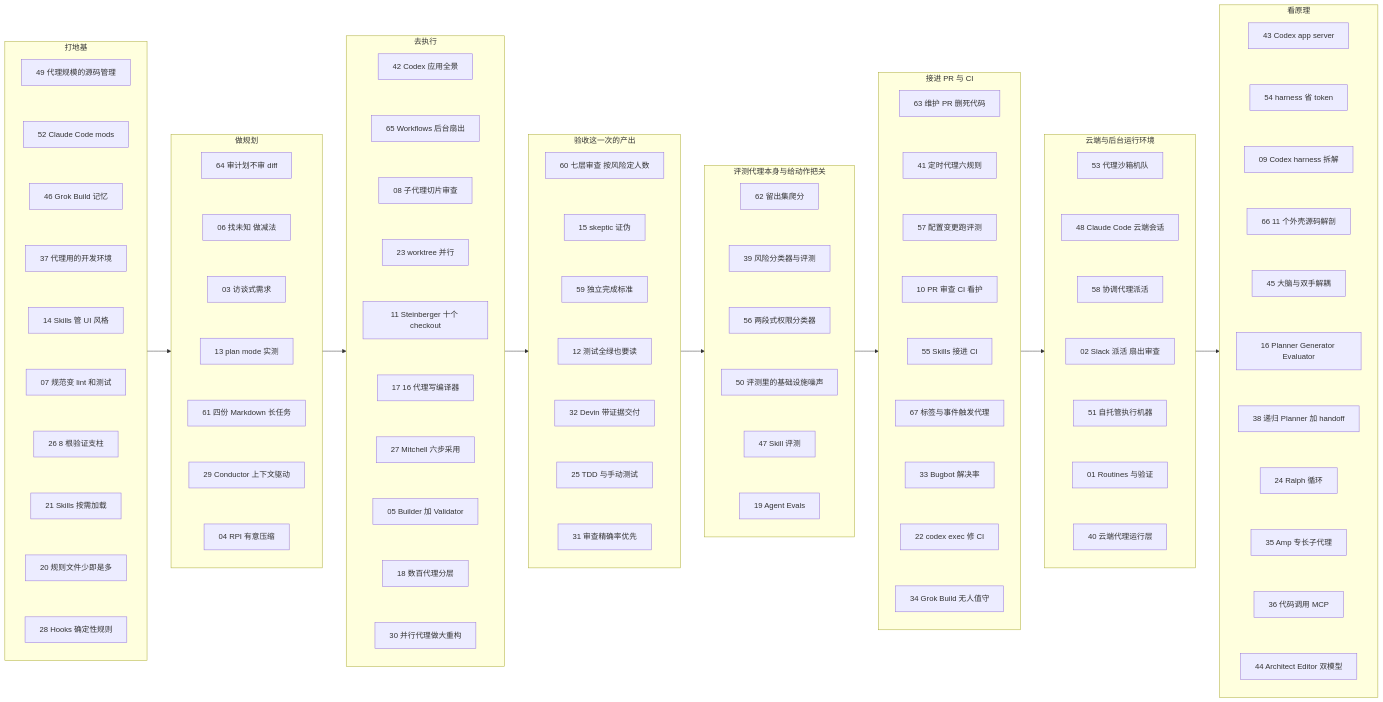
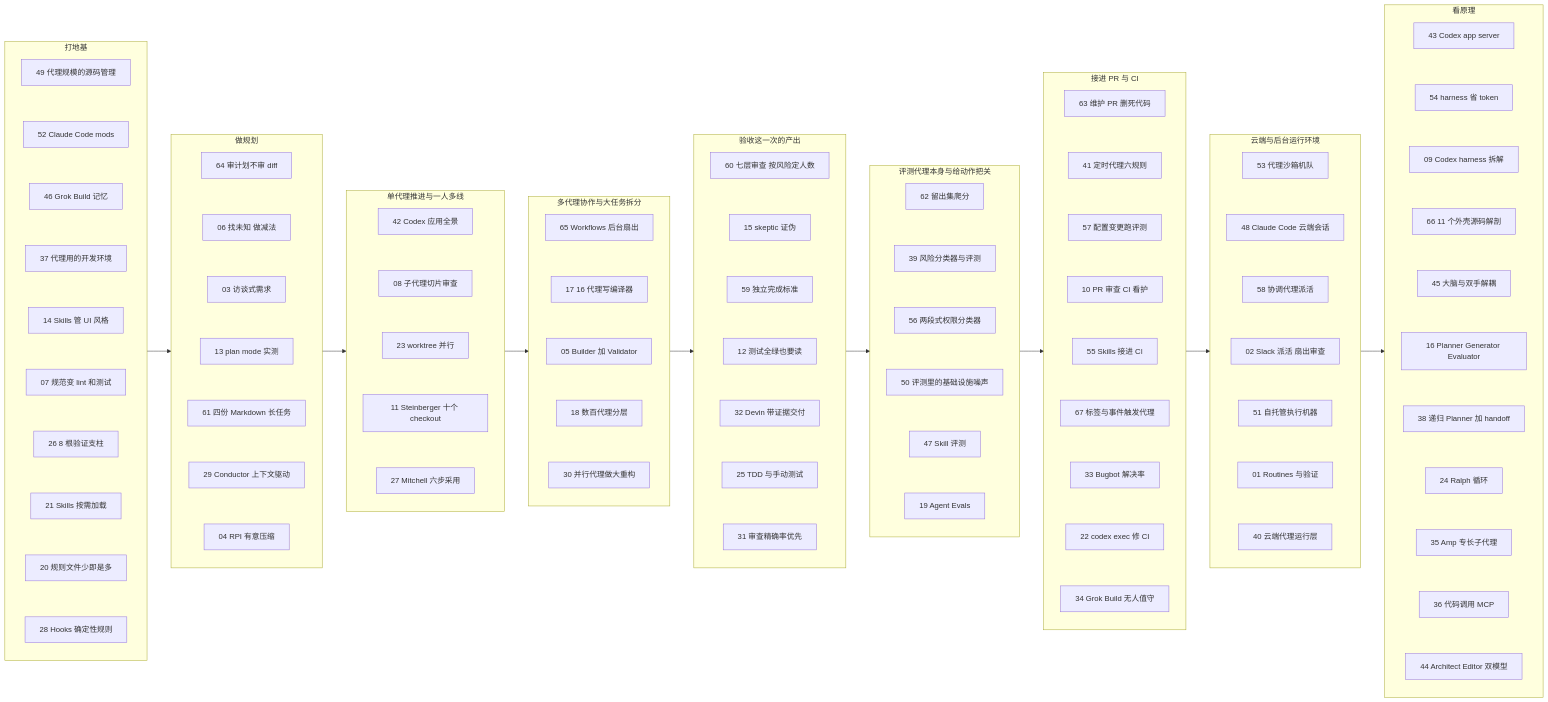
Before and after one commit to yzw7489757/ai-coding-videos: the diagram in docs/index.md, drawn with Mermaid. The commit also changed other lines of this file and 18 other files, not shown here.

Commit message:
拆分“去执行”阶段为“单代理推进与一人多线”(solo) 和“多代理协作与大任务拆分”(multi)，新增两个阶段指南，旧 /guide/execution 改为入口页，长时任务专题归入 multi，同步侧边栏/首页/全部资料/总结/路径/AGENTS.md/changelog

````diff
--- a/docs/index.md
+++ b/docs/index.md
@@ -150,29 +156,31 @@
     A61 ~~~ A29
     A29 ~~~ A04
   end
-  subgraph S3["去执行"]
+  subgraph S3["单代理推进与一人多线"]
     direction TB
     A42["42 Codex 应用全景"]
-    A65["65 Workflows 后台扇出"]
     A08["08 子代理切片审查"]
     A23["23 worktree 并行"]
     A11["11 Steinberger 十个 checkout"]
+    A27["27 Mitchell 六步采用"]
+    A42 ~~~ A08
+    A08 ~~~ A23
+    A23 ~~~ A11
+    A11 ~~~ A27
+  end
+  subgraph S4["多代理协作与大任务拆分"]
+    direction TB
+    A65["65 Workflows 后台扇出"]
     A17["17 16 代理写编译器"]
-    A27["27 Mitchell 六步采用"]
     A05["05 Builder 加 Validator"]
     A18["18 数百代理分层"]
     A30["30 并行代理做大重构"]
-    A42 ~~~ A65
-    A65 ~~~ A08
-    A08 ~~~ A23
-    A23 ~~~ A11
-    A11 ~~~ A17
-    A17 ~~~ A27
-    A27 ~~~ A05
+    A65 ~~~ A17
+    A17 ~~~ A05
     A05 ~~~ A18
     A18 ~~~ A30
   end
-  subgraph S4["验收这一次的产出"]
+  subgraph S5["验收这一次的产出"]
     direction TB
     A60["60 七层审查 按风险定人数"]
     A15["15 skeptic 证伪"]
@@ -188,7 +196,7 @@
     A32 ~~~ A25
     A25 ~~~ A31
   end
-  subgraph S5["评测代理本身与给动作把关"]
+  subgraph S6["评测代理本身与给动作把关"]
     direction TB
     A62["62 留出集爬分"]
     A39["39 风险分类器与评测"]
@@ -202,7 +210,7 @@
     A50 ~~~ A47
     A47 ~~~ A19
   end
-  subgraph S6["接进 PR 与 CI"]
+  subgraph S7["接进 PR 与 CI"]
     direction TB
     A63["63 维护 PR 删死代码"]
     A41["41 定时代理六规则"]
@@ -222,7 +230,7 @@
     A33 ~~~ A22
     A22 ~~~ A34
   end
-  subgraph S7["云端与后台运行环境"]
+  subgraph S8["云端与后台运行环境"]
     direction TB
     A53["53 代理沙箱机队"]
     A48["48 Claude Code 云端会话"]
@@ -238,7 +246,7 @@
     A51 ~~~ A01
     A01 ~~~ A40
   end
-  subgraph S8["看原理"]
+  subgraph S9["看原理"]
     direction TB
     A43["43 Codex app server"]
     A54["54 harness 省 token"]
@@ -262,5 +270,5 @@
     A35 ~~~ A36
     A36 ~~~ A44
   end
-  S1 --> S2 --> S3 --> S4 --> S5 --> S6 --> S7 --> S8
+  S1 --> S2 --> S3 --> S4 --> S5 --> S6 --> S7 --> S8 --> S9
 ```
````
